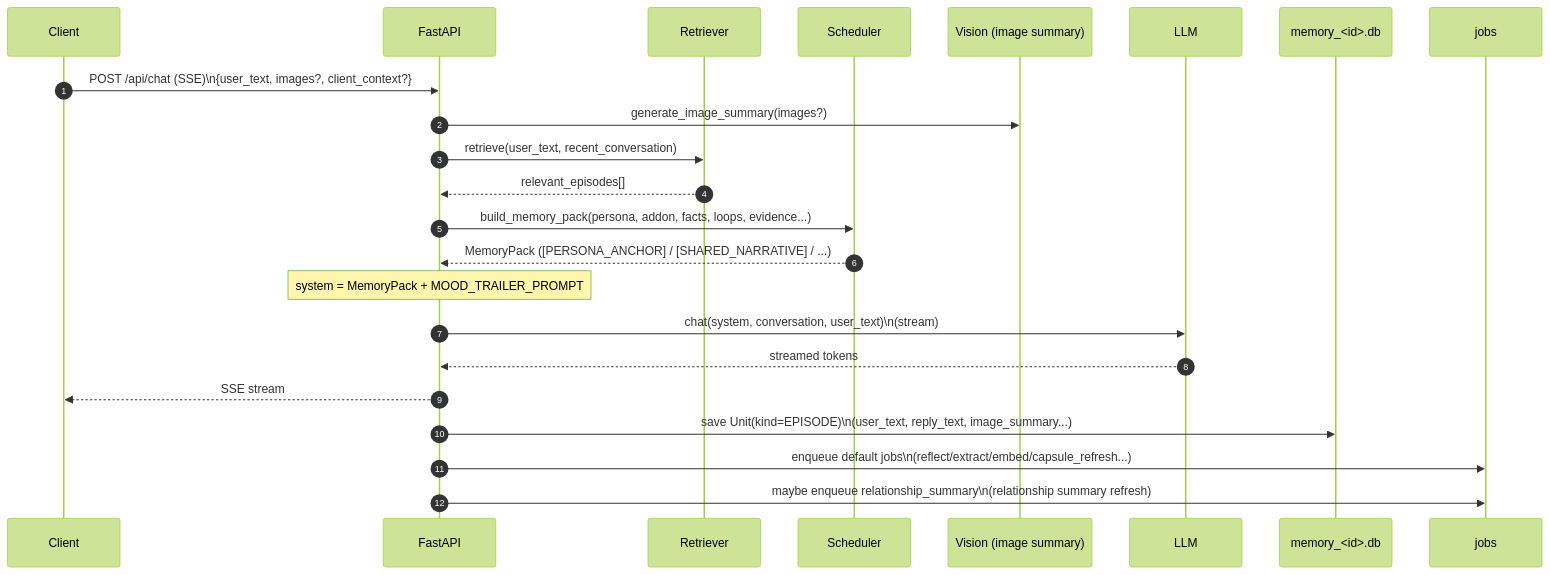
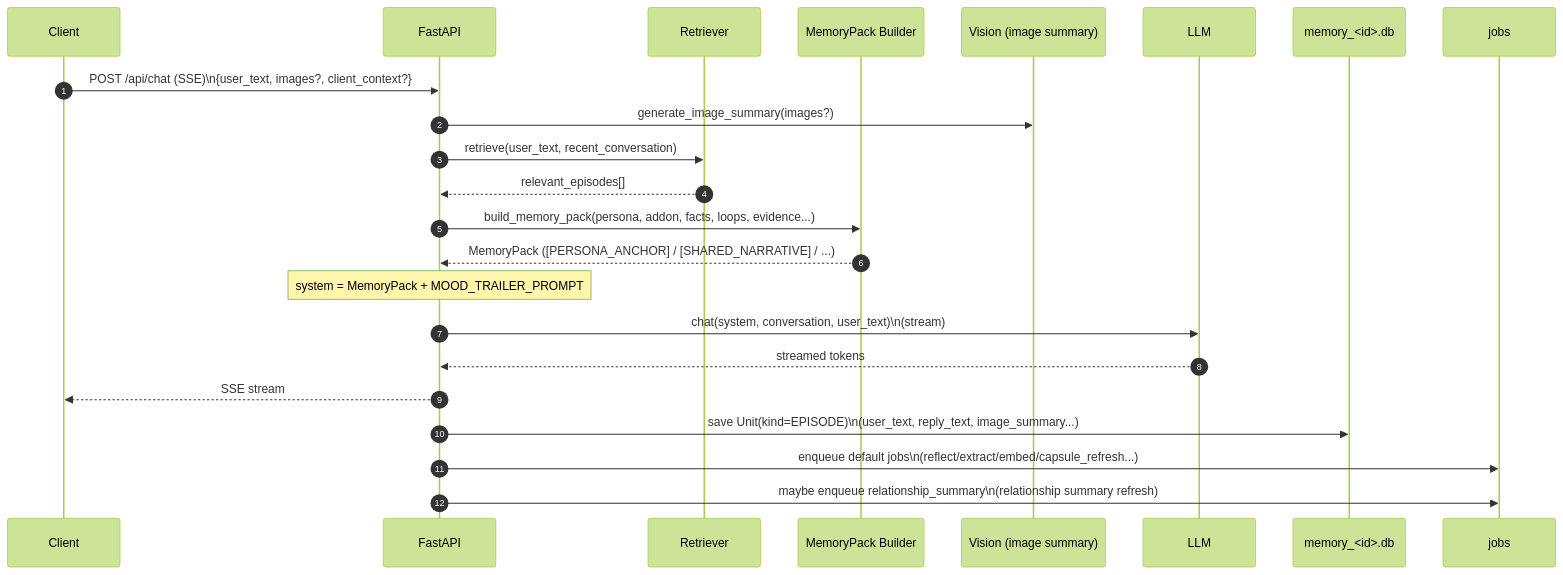
Before and after one commit to hirona98/cocoro_ghost: the third of 4 diagrams in docs/prompt_usage_map.md, drawn with Mermaid (forest theme). The commit also changed other lines of this file and 8 other files, not shown here.

````diff
--- a/docs/prompt_usage_map.md
+++ b/docs/prompt_usage_map.md
@@ -159,26 +159,26 @@
 ```mermaid
 sequenceDiagram
   autonumber
   participant UI as Client
   participant API as FastAPI
   participant RET as Retriever
-  participant SCH as Scheduler
+  participant SCH as MemoryPack Builder
   participant VIS as Vision (image summary)
   participant LLM as LLM
   participant DB as memory_<id>.db
   participant Q as jobs
 
   UI->>API: POST /api/chat (SSE)\n{user_text, images?, client_context?}
   API->>VIS: generate_image_summary(images?)
   API->>RET: retrieve(user_text, recent_conversation)
   RET-->>API: relevant_episodes[]
   API->>SCH: build_memory_pack(persona, addon, facts, loops, evidence...)
   SCH-->>API: MemoryPack ([PERSONA_ANCHOR] / [SHARED_NARRATIVE] / ...)
   Note over API: system = MemoryPack + MOOD_TRAILER_PROMPT
   API->>LLM: chat(system, conversation, user_text)\n(stream)
   LLM-->>API: streamed tokens
   API-->>UI: SSE stream
   API->>DB: save Unit(kind=EPISODE)\n(user_text, reply_text, image_summary...)
   API->>Q: enqueue default jobs\n(reflect/extract/embed/capsule_refresh...)
   API->>Q: maybe enqueue relationship_summary\n(relationship summary refresh)
 ```
````
